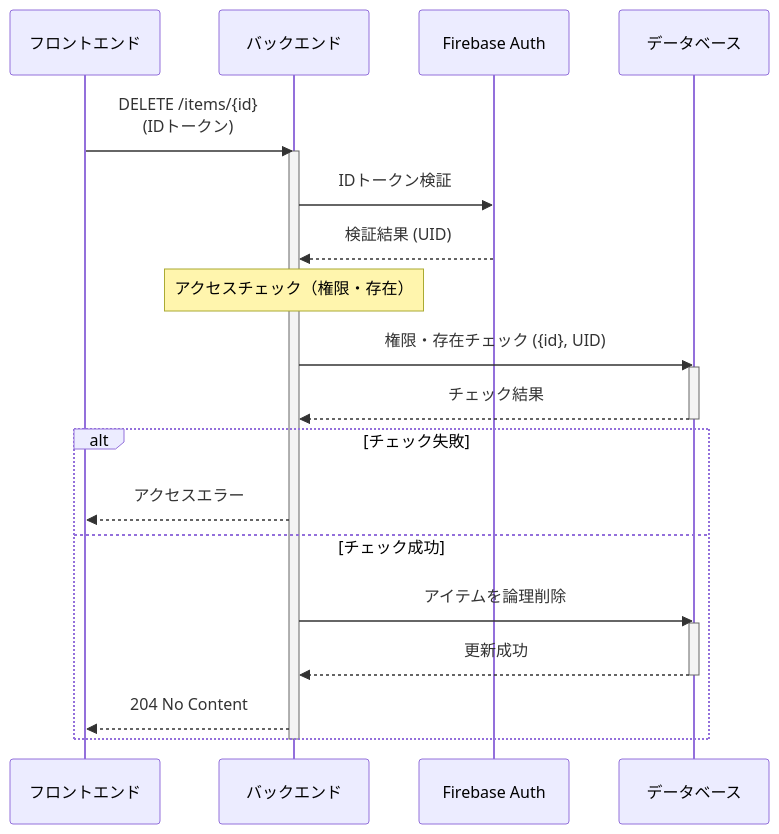
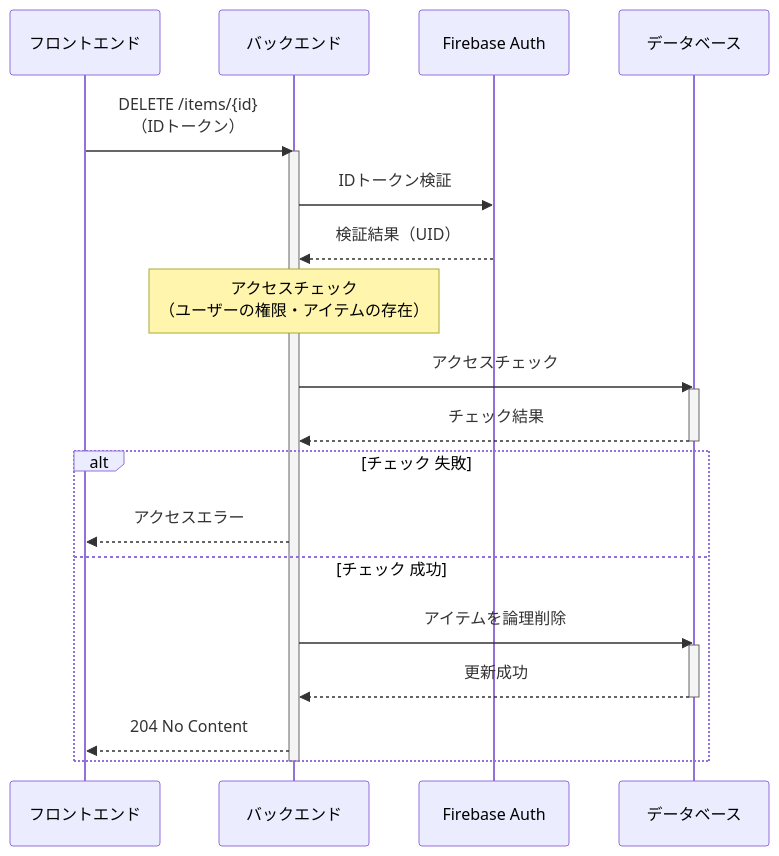
One commit to miki-hayashi-71/inventory-api changed the ninth of 9 diagrams in doc/seaquence.md. Above: the diagram before and after it, drawn with Mermaid. The commit also changed other lines of this file, not shown here.

Commit message:
docs: Revise sequence diagram to clarify subjects and improve layout

````diff
--- a/doc/seaquence.md
+++ b/doc/seaquence.md
@@ -283,29 +274,29 @@
 ```mermaid
 sequenceDiagram
     participant フロントエンド
     participant バックエンド
     participant Firebase Auth
     participant データベース
 
-    フロントエンド->>バックエンド: DELETE /items/{id} <br> (IDトークン)
+    フロントエンド->>バックエンド: DELETE /items/{id} <br>（IDトークン）
     activate バックエンド
     バックエンド->>Firebase Auth: IDトークン検証
-    Firebase Auth-->>バックエンド: 検証結果 (UID)
+    Firebase Auth-->>バックエンド: 検証結果（UID）
 
-    note over バックエンド: アクセスチェック（権限・存在）
-    バックエンド->>データベース: 権限・存在チェック ({id}, UID)
+    note over バックエンド: アクセスチェック <br>（ユーザーの権限・アイテムの存在）
+    バックエンド->>データベース:  アクセスチェック
     activate データベース
     データベース-->>バックエンド: チェック結果
     deactivate データベース
 
-    alt チェック失敗
+    alt チェック 失敗
         バックエンド-->>フロントエンド: アクセスエラー
-    else チェック成功
+    else チェック 成功
         バックエンド->>データベース: アイテムを論理削除
         activate データベース
         データベース-->>バックエンド: 更新成功
         deactivate データベース
         バックエンド-->>フロントエンド: 204 No Content
     end
     deactivate バックエンド
 ```
````
